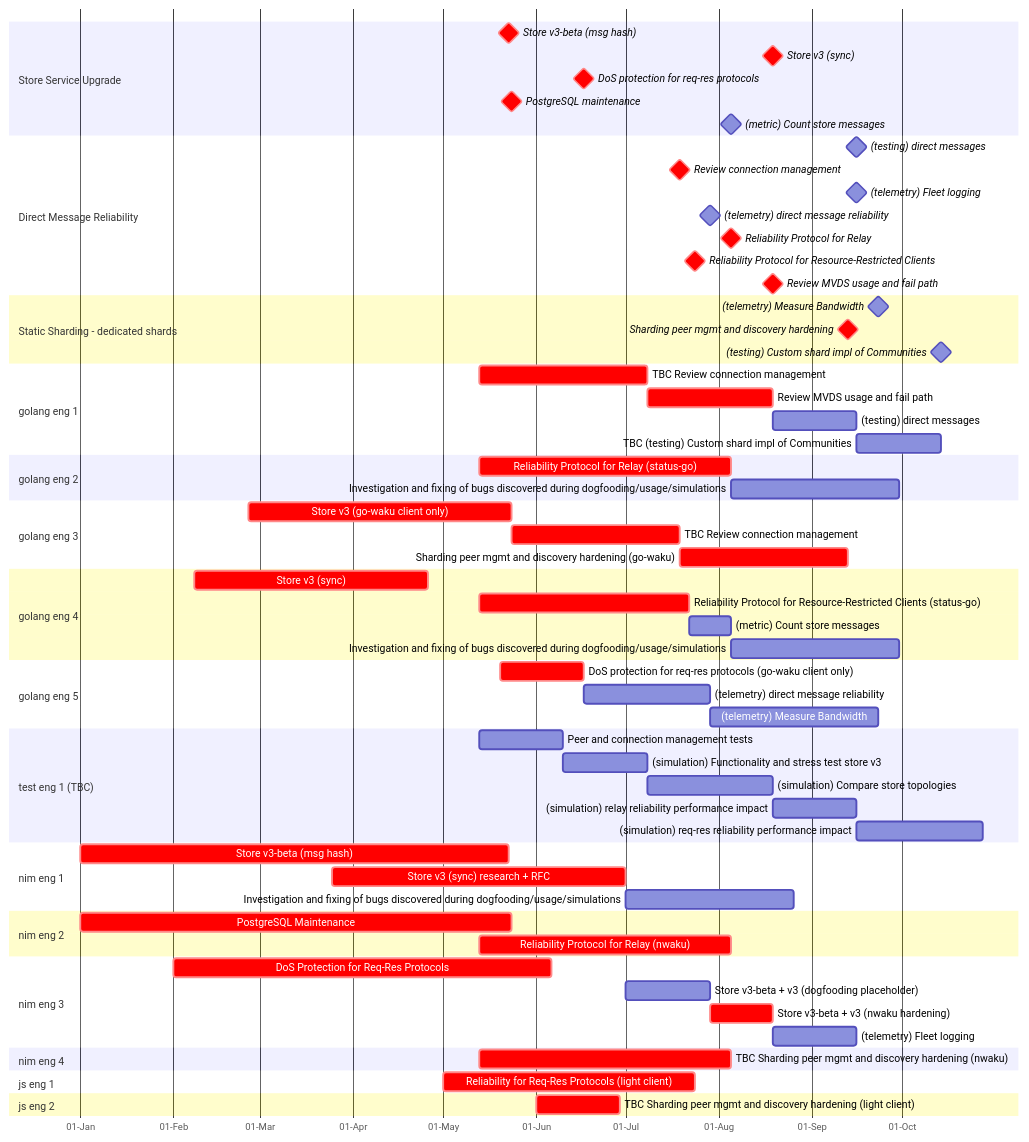
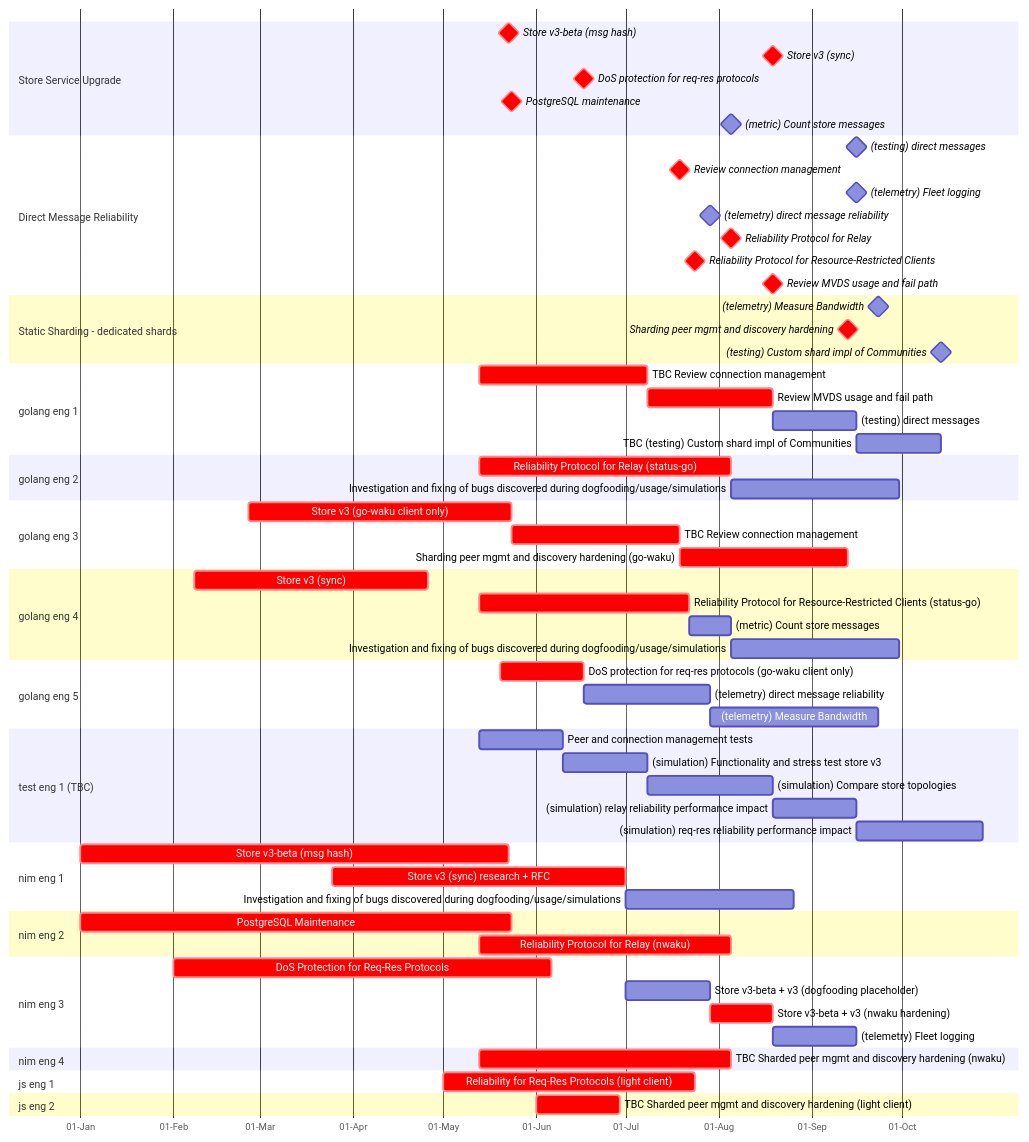
The diagram in content/waku/2024-gantt.md (logos-co/roadmap), drawn with Mermaid before and after one commit.

````diff
--- a/content/waku/2024-gantt.md
+++ b/content/waku/2024-gantt.md
@@ -91,10 +91,10 @@
         (telemetry) Fleet logging: telem-fleet-logging, after storev3-n, 4w
     section nim eng 4
         %% TBC estimate/end
-        TBC Sharding peer mgmt and discovery hardening (nwaku): crit, sh-peer-mgmt-n, 2024-05-13, 12w
+        TBC Sharded peer mgmt and discovery hardening (nwaku): crit, sh-peer-mgmt-n, 2024-05-13, 12w
     section js eng 1
         Reliability for Req-Res Protocols (light client): crit, rel-reqres-j, 2024-05-01, 12w
     section js eng 2
         %% TBC scope
-        TBC Sharding peer mgmt and discovery hardening (light client): crit, sh-peer-mgmt-j, 2024-06-01, 4w
+        TBC Sharded peer mgmt and discovery hardening (light client): crit, sh-peer-mgmt-j, 2024-06-01, 4w
 ```
````
